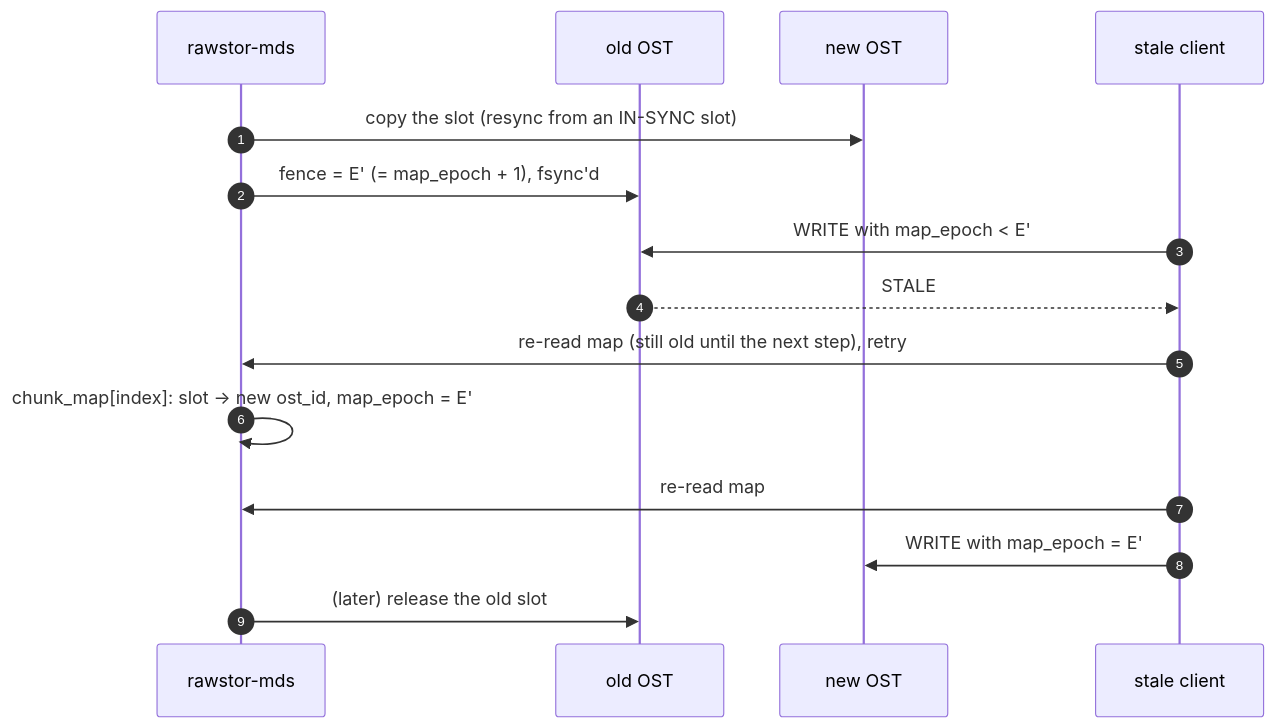
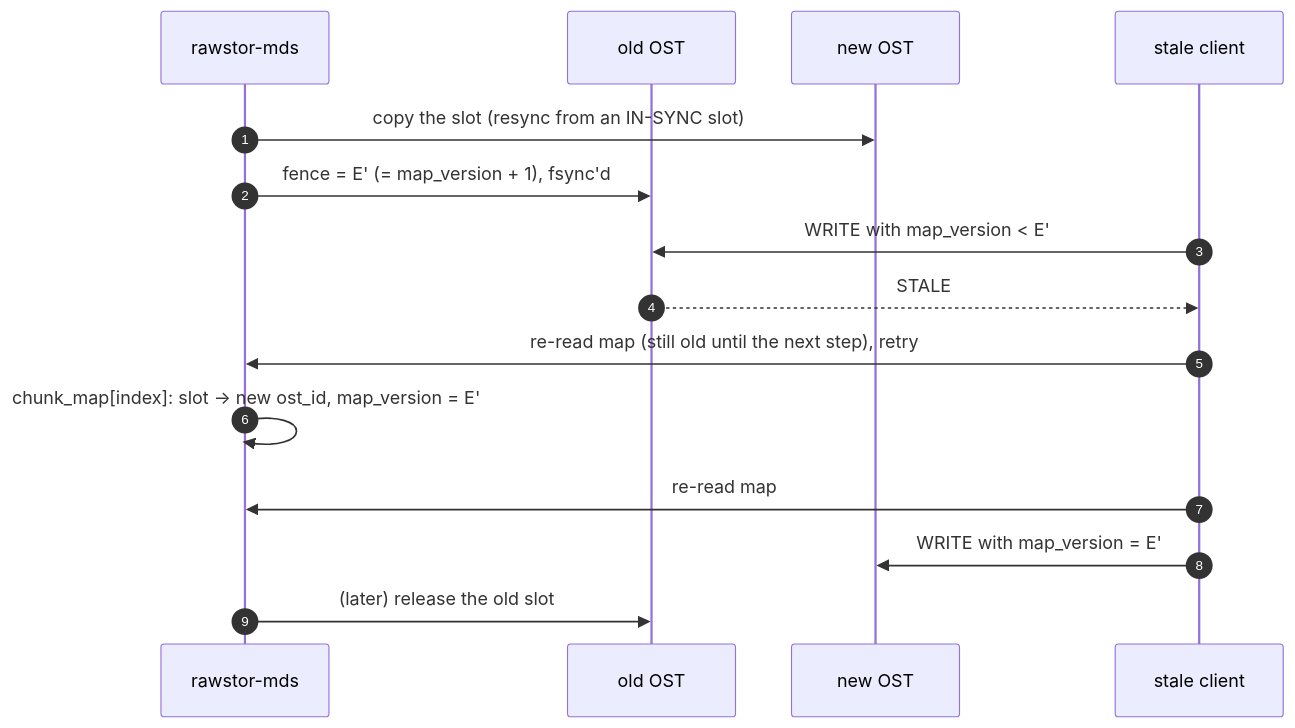
The sixth of 8 diagrams in docs/mds.md (rawstor/librawstor), drawn with Mermaid before and after one commit. The commit also changed other lines of this file and 9 other files, not shown here.

First line of the commit message:
ref(mds): rename map_epoch to map_version

````diff
--- a/docs/mds.md
+++ b/docs/mds.md
@@ -716,17 +716,17 @@
 ```mermaid
 sequenceDiagram
     autonumber
     participant M as rawstor-mds
     participant Old as old OST
     participant New as new OST
     participant S as stale client
     M->>New: copy the slot (resync from an IN-SYNC slot)
-    M->>Old: fence = E' (= map_epoch + 1), fsync'd
-    S->>Old: WRITE with map_epoch < E'
+    M->>Old: fence = E' (= map_version + 1), fsync'd
+    S->>Old: WRITE with map_version < E'
     Old-->>S: STALE
     S->>M: re-read map (still old until the next step), retry
-    M->>M: chunk_map[index]: slot -> new ost_id, map_epoch = E'
+    M->>M: chunk_map[index]: slot -> new ost_id, map_version = E'
     S->>M: re-read map
-    S->>New: WRITE with map_epoch = E'
+    S->>New: WRITE with map_version = E'
     M->>Old: (later) release the old slot
 ```
````
